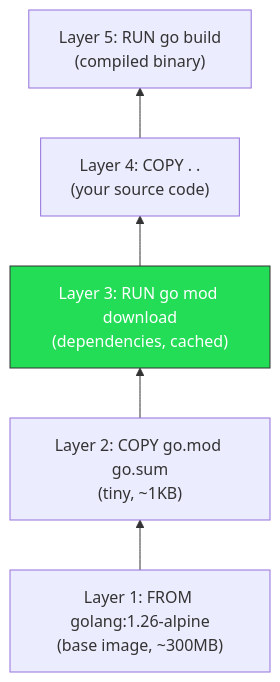
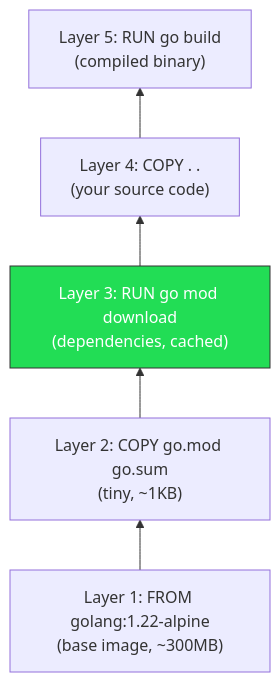
One commit to fesoliveira014/go-journey changed the second of 2 diagrams in docs/src/ch03/docker-fundamentals.md. Above: the diagram before and after it, drawn with Mermaid. The commit also changed other lines of this file and 83 other files, not shown here.

````diff
--- a/docs/src/ch03/docker-fundamentals.md
+++ b/docs/src/ch03/docker-fundamentals.md
@@ -103,12 +105,12 @@
 ```mermaid
 graph BT
-    L1["Layer 1: FROM golang:1.26-alpine<br/>(base image, ~300MB)"]
+    L1["Layer 1: FROM golang:1.22-alpine<br/>(base image, ~300MB)"]
     L2["Layer 2: COPY go.mod go.sum<br/>(tiny, ~1KB)"]
     L3["Layer 3: RUN go mod download<br/>(dependencies, cached)"]
     L4["Layer 4: COPY . .<br/>(your source code)"]
     L5["Layer 5: RUN go build<br/>(compiled binary)"]
 
     L1 --> L2 --> L3 --> L4 --> L5
 
     style L3 fill:#2d5,stroke:#333,color:#fff
 ```
````
